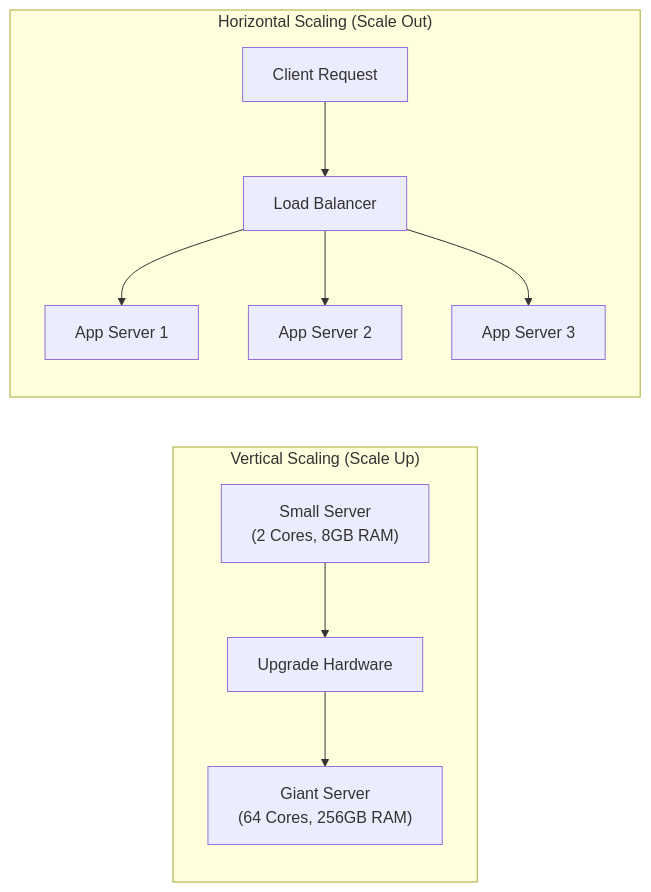
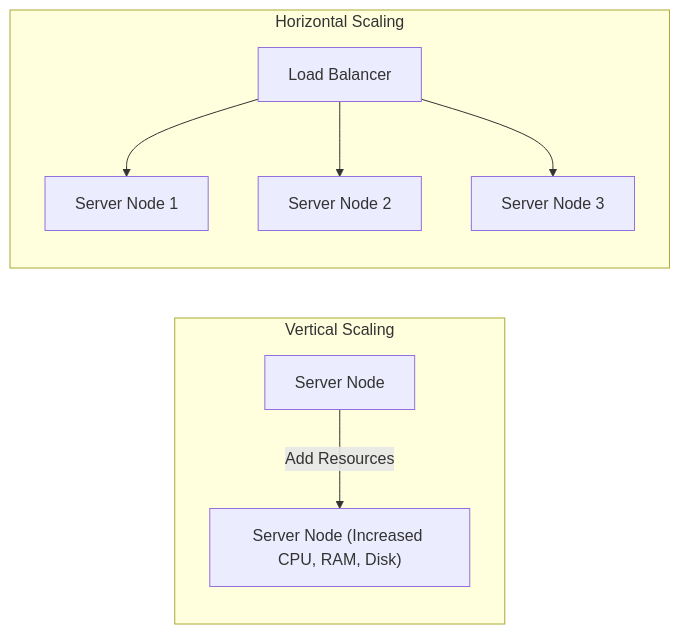
Before and after one commit to kmashour/BrainDump: the third of 7 diagrams in Reference Notes/17_system_design_fundamentals.md, drawn with Mermaid. The commit also changed other lines of this file and 6 other files, not shown here.

````diff
--- a/Reference Notes/17_system_design_fundamentals.md
+++ b/Reference Notes/17_system_design_fundamentals.md
@@ -52,15 +79,16 @@
 ```mermaid
-flowchart LR
-    subgraph VerticalScaling["Vertical Scaling (Scale Up)"]
+graph LR
+    subgraph vertical_scaling["Vertical Scaling"]
         direction TB
-        V1["Small Server<br>(2 Cores, 8GB RAM)"] --> VArrow["Upgrade Hardware"] --> V2["Giant Server<br>(64 Cores, 256GB RAM)"]
+        V1["Server Node"]
+        V1 -->|"Add Resources"| V2["Server Node (Increased CPU, RAM, Disk)"]
     end
 
-    subgraph HorizontalScaling["Horizontal Scaling (Scale Out)"]
+    subgraph horizontal_scaling["Horizontal Scaling"]
         direction TB
-        H_Client["Client Request"] --> H_LB["Load Balancer"]
-        H_LB --> H_Srv1["App Server 1"]
-        H_LB --> H_Srv2["App Server 2"]
-        H_LB --> H_Srv3["App Server 3"]
+        LB["Load Balancer"]
+        LB --> Node1["Server Node 1"]
+        LB --> Node2["Server Node 2"]
+        LB --> Node3["Server Node 3"]
     end
 ```
````
